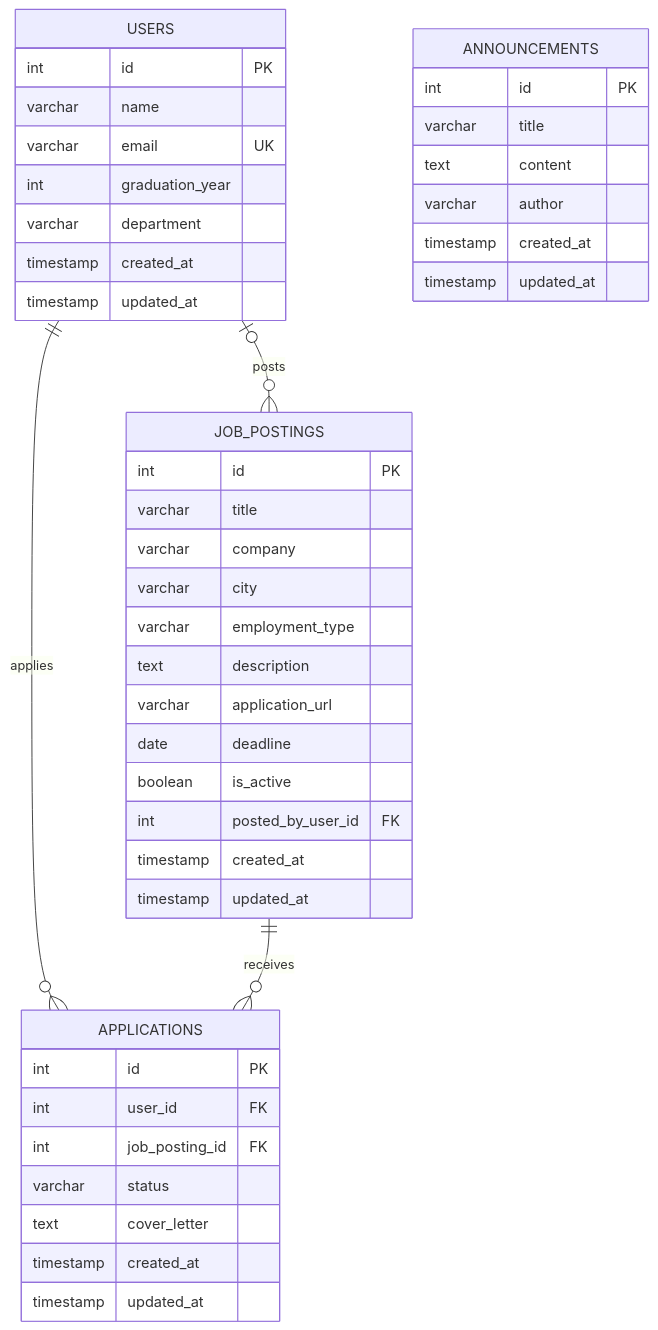
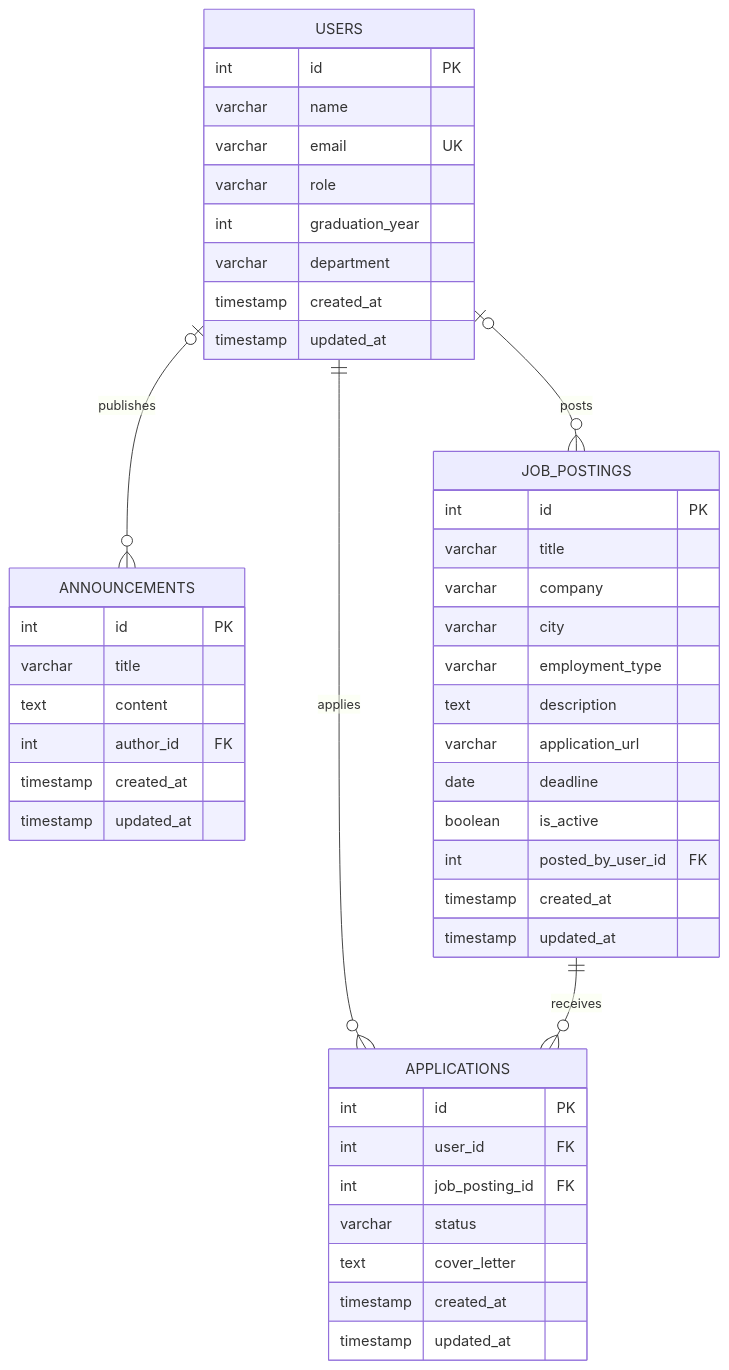
The second of 2 diagrams in ddd.md (uumutkorkmaz/Alumni), drawn with Mermaid before and after one commit. The commit also changed other lines of this file and 19 other files, not shown here.

````diff
--- a/ddd.md
+++ b/ddd.md
@@ -157,46 +317,48 @@
 ```mermaid
 erDiagram
     USERS {
         int id PK
         varchar name
         varchar email UK
+        varchar role
         int graduation_year
         varchar department
         timestamp created_at
         timestamp updated_at
     }
     ANNOUNCEMENTS {
         int id PK
         varchar title
         text content
-        varchar author
+        int author_id FK
         timestamp created_at
         timestamp updated_at
     }
     JOB_POSTINGS {
         int id PK
         varchar title
         varchar company
         varchar city
         varchar employment_type
         text description
         varchar application_url
         date deadline
         boolean is_active
         int posted_by_user_id FK
         timestamp created_at
         timestamp updated_at
     }
     APPLICATIONS {
         int id PK
         int user_id FK
         int job_posting_id FK
         varchar status
         text cover_letter
         timestamp created_at
         timestamp updated_at
     }
+    USERS |o--o{ ANNOUNCEMENTS : "publishes"
     USERS |o--o{ JOB_POSTINGS : "posts"
     USERS ||--o{ APPLICATIONS : "applies"
     JOB_POSTINGS ||--o{ APPLICATIONS : "receives"
 ```
````
